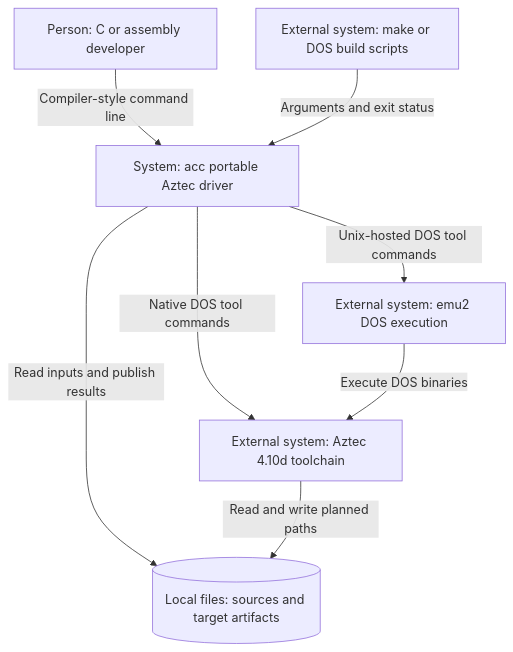
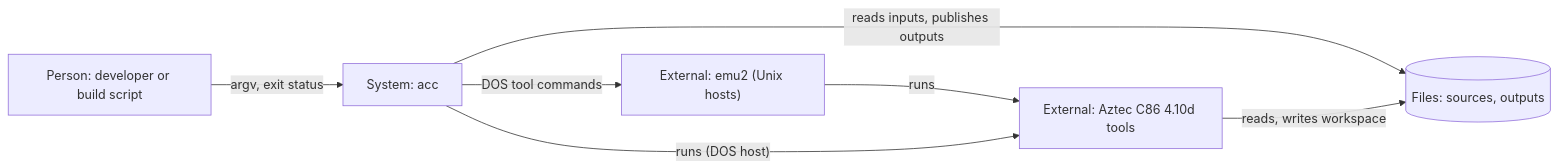
The first of 4 diagrams in src/aztec42-acc/design.md (tsupplis/cpm86-crossdev), drawn with Mermaid before and after one commit. The commit also changed other lines of this file and 26 other files, not shown here.

````diff
--- a/src/aztec42-acc/design.md
+++ b/src/aztec42-acc/design.md
@@ -576,16 +572,14 @@
 ```mermaid
-flowchart TD
-    ctxDev["Person: C or assembly developer"]
-    ctxBuild["External system: make or DOS build scripts"]
-    ctxAcc["System: acc portable Aztec driver"]
-    ctxTools["External system: Aztec 4.10d toolchain"]
-    ctxEmu["External system: emu2 DOS execution"]
-    ctxFiles[("Local files: sources and target artifacts")]
-    ctxDev -->|"Compiler-style command line"| ctxAcc
-    ctxBuild -->|"Arguments and exit status"| ctxAcc
-    ctxAcc -->|"Native DOS tool commands"| ctxTools
-    ctxAcc -->|"Unix-hosted DOS tool commands"| ctxEmu
-    ctxEmu -->|"Execute DOS binaries"| ctxTools
-    ctxAcc -->|"Read inputs and publish results"| ctxFiles
-    ctxTools -->|"Read and write planned paths"| ctxFiles
+flowchart LR
+    dev["Person: developer or build script"]
+    acc["System: acc"]
+    aztec["External: Aztec C86 4.10d tools"]
+    emu["External: emu2 (Unix hosts)"]
+    fs[("Files: sources, outputs")]
+    dev -->|"argv, exit status"| acc
+    acc -->|"DOS tool commands"| emu
+    emu -->|"runs"| aztec
+    acc -->|"runs (DOS host)"| aztec
+    acc -->|"reads inputs, publishes outputs"| fs
+    aztec -->|"reads, writes workspace"| fs
 ```
````
